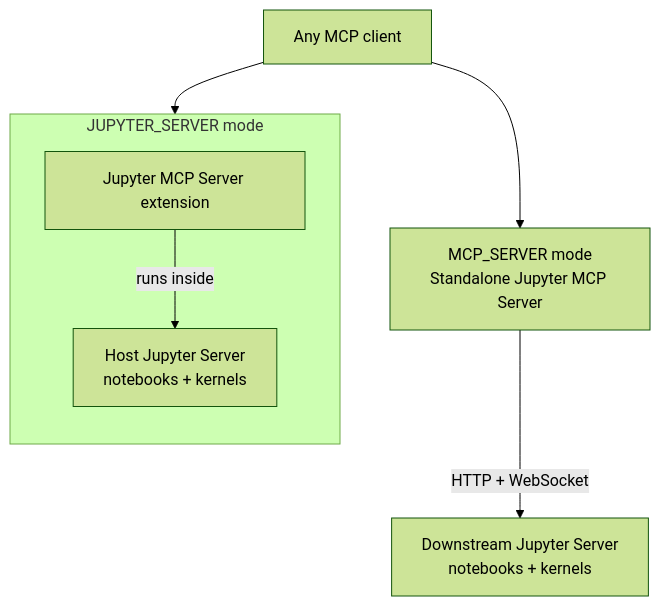
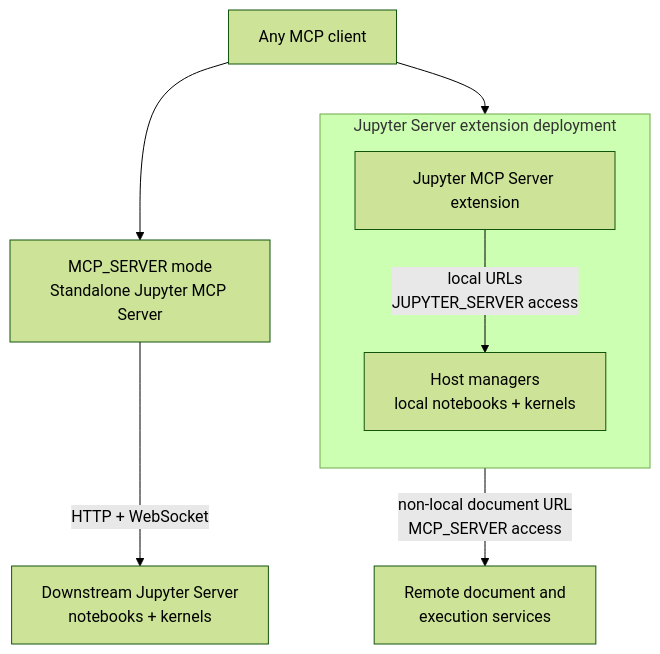
Before and after one commit to datalayer/jupyter-mcp-server: the first of 4 diagrams in docs/docs/architecture/index.mdx, drawn with Mermaid (forest theme). The commit also changed other lines of this file and 19 other files, not shown here.

````diff
--- a/docs/docs/architecture/index.mdx
+++ b/docs/docs/architecture/index.mdx
@@ -32,16 +33,19 @@
 ```mermaid
 flowchart TB
     client["Any MCP client"]
 
     client --> standalone["MCP_SERVER mode<br/>Standalone Jupyter MCP Server"]
     standalone -- "HTTP + WebSocket" --> downstream["Downstream Jupyter Server<br/>notebooks + kernels"]
 
-    subgraph jupyterServerMode["JUPYTER_SERVER mode"]
+    subgraph jupyterServerMode["Jupyter Server extension deployment"]
         direction TB
         embedded["Jupyter MCP Server extension"]
-        host["Host Jupyter Server<br/>notebooks + kernels"]
-        embedded -- "runs inside" --> host
+        host["Host managers<br/>local notebooks + kernels"]
+        embedded -- "local URLs<br/>JUPYTER_SERVER access" --> host
     end
 
+    remote["Remote document and<br/>execution services"]
+
     client --> embedded
+    embedded -- "non-local document URL<br/>MCP_SERVER access" --> remote
 ```
````
